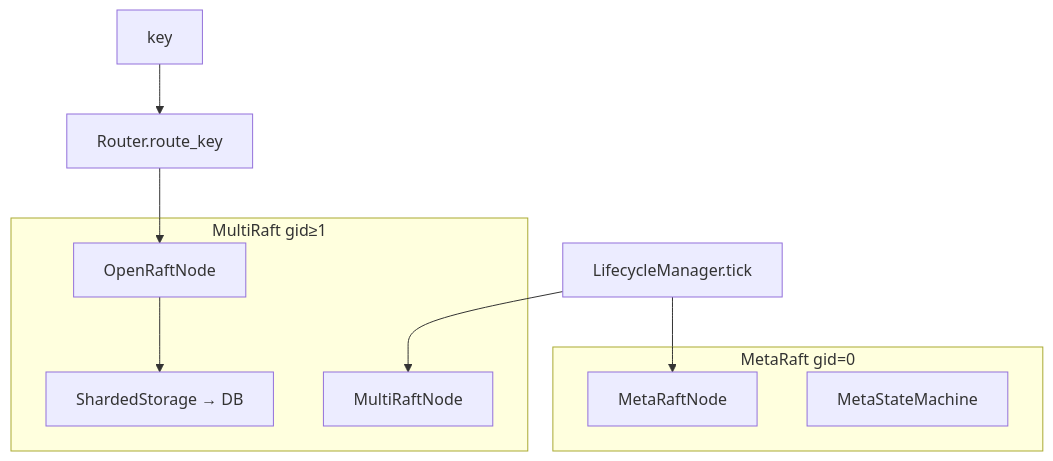
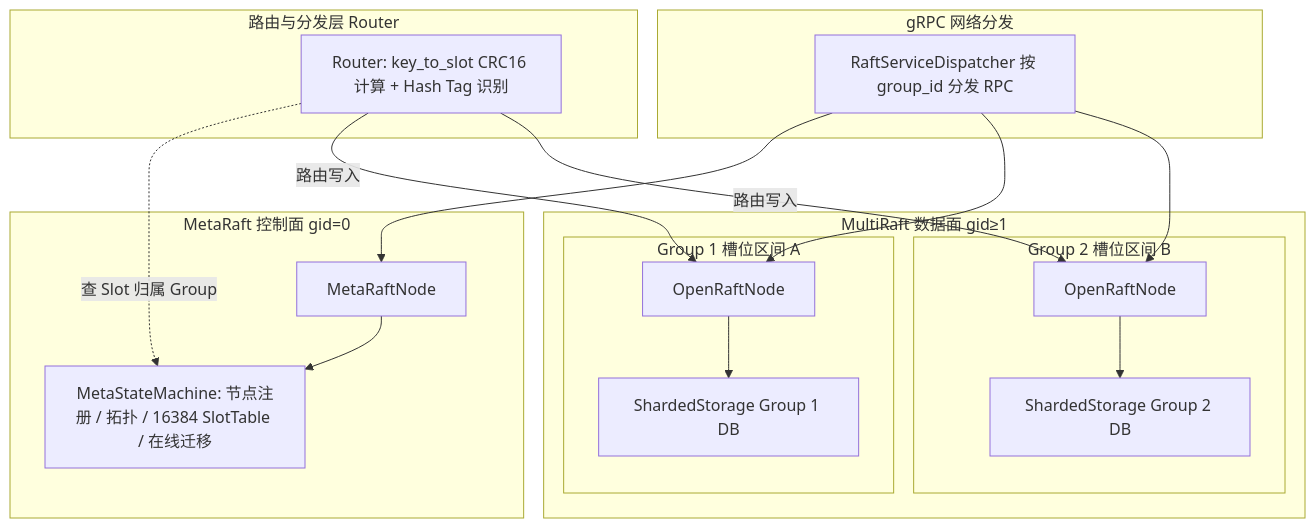
One commit to Genuineh/AiDb changed the sixth of 8 diagrams in ARCHITECTURE.md. Above: the diagram before and after it, drawn with Mermaid. The commit also changed other lines of this file and 15 other files, not shown here.

````diff
--- a/ARCHITECTURE.md
+++ b/ARCHITECTURE.md
@@ -140,17 +177,36 @@
 ```mermaid
 flowchart TB
-  subgraph meta [MetaRaft gid=0]
-    MR[MetaRaftNode]
-    MSM[MetaStateMachine]
-  end
-  subgraph data [MultiRaft gid≥1]
-    MRN[MultiRaftNode]
-    ORN[OpenRaftNode]
-    SS[ShardedStorage → DB]
-  end
-  LM[LifecycleManager.tick] --> MR
-  LM --> MRN
-  K[key] --> R[Router.route_key]
-  R --> ORN
-  ORN --> SS
+    subgraph MetaPlane [MetaRaft 控制面 gid=0]
+        MR[MetaRaftNode]
+        MSM[MetaStateMachine: 节点注册 / 拓扑 / 16384 SlotTable / 在线迁移]
+        MR --> MSM
+    end
+
+    subgraph RouterLayer [路由与分发层 Router]
+        RT[Router: key_to_slot CRC16 计算 + Hash Tag 识别]
+    end
+
+    subgraph DataPlane [MultiRaft 数据面 gid≥1]
+        subgraph Group1 [Group 1 槽位区间 A]
+            ORN1[OpenRaftNode]
+            DB1[ShardedStorage Group 1 DB]
+            ORN1 --> DB1
+        end
+        subgraph Group2 [Group 2 槽位区间 B]
+            ORN2[OpenRaftNode]
+            DB2[ShardedStorage Group 2 DB]
+            ORN2 --> DB2
+        end
+    end
+
+    subgraph Network [gRPC 网络分发]
+        DISP[RaftServiceDispatcher 按 group_id 分发 RPC]
+    end
+
+    RT -.->|查 Slot 归属 Group| MSM
+    RT -->|路由写入| ORN1
+    RT -->|路由写入| ORN2
+    DISP --> MR
+    DISP --> ORN1
+    DISP --> ORN2
 ```
````
